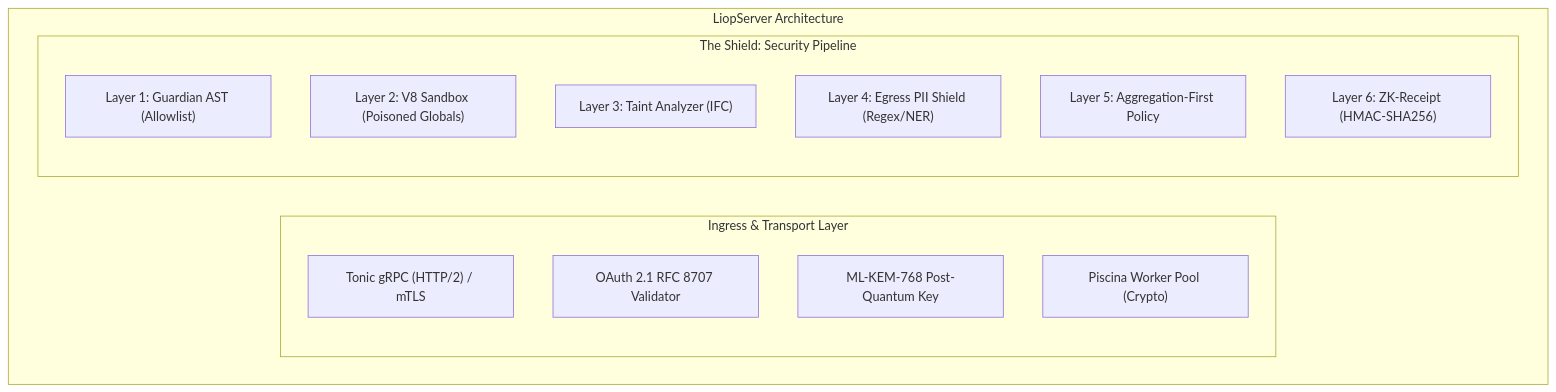
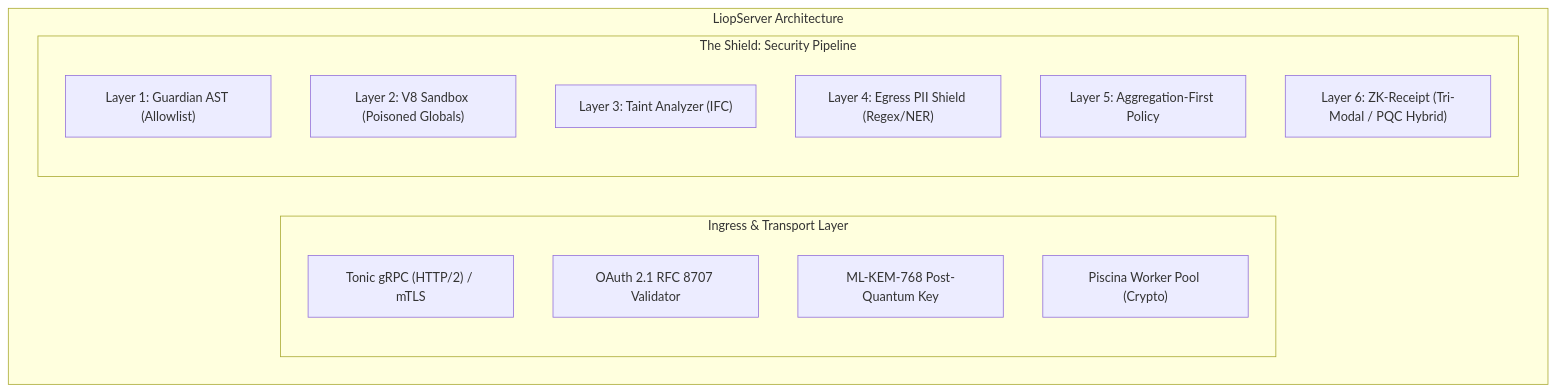
The diagram in docs/typescript-sdk/server.mdx (Nekzus/LIOP), drawn with Mermaid before and after one commit. The commit also changed other lines of this file and 19 other files, not shown here.

Commit message:
docs: audit and update comprehensive documentation for zkvm v2 and pqc hybrid receipts

````diff
--- a/docs/typescript-sdk/server.mdx
+++ b/docs/typescript-sdk/server.mdx
@@ -12,20 +12,20 @@
 ```mermaid
 flowchart TD
     subgraph Server["LiopServer Architecture"]
         direction LR
         subgraph Ingress["Ingress & Transport Layer"]
             I1["Tonic gRPC (HTTP/2) / mTLS"]
             I2["OAuth 2.1 RFC 8707 Validator"]
             I3["ML-KEM-768 Post-Quantum Key"]
             I4["Piscina Worker Pool (Crypto)"]
         end
         subgraph Shield["The Shield: Security Pipeline"]
             S1["Layer 1: Guardian AST (Allowlist)"]
             S2["Layer 2: V8 Sandbox (Poisoned Globals)"]
             S3["Layer 3: Taint Analyzer (IFC)"]
             S4["Layer 4: Egress PII Shield (Regex/NER)"]
             S5["Layer 5: Aggregation-First Policy"]
-            S6["Layer 6: ZK-Receipt (HMAC-SHA256)"]
+            S6["Layer 6: ZK-Receipt (Tri-Modal / PQC Hybrid)"]
         end
     end
 ```
````
